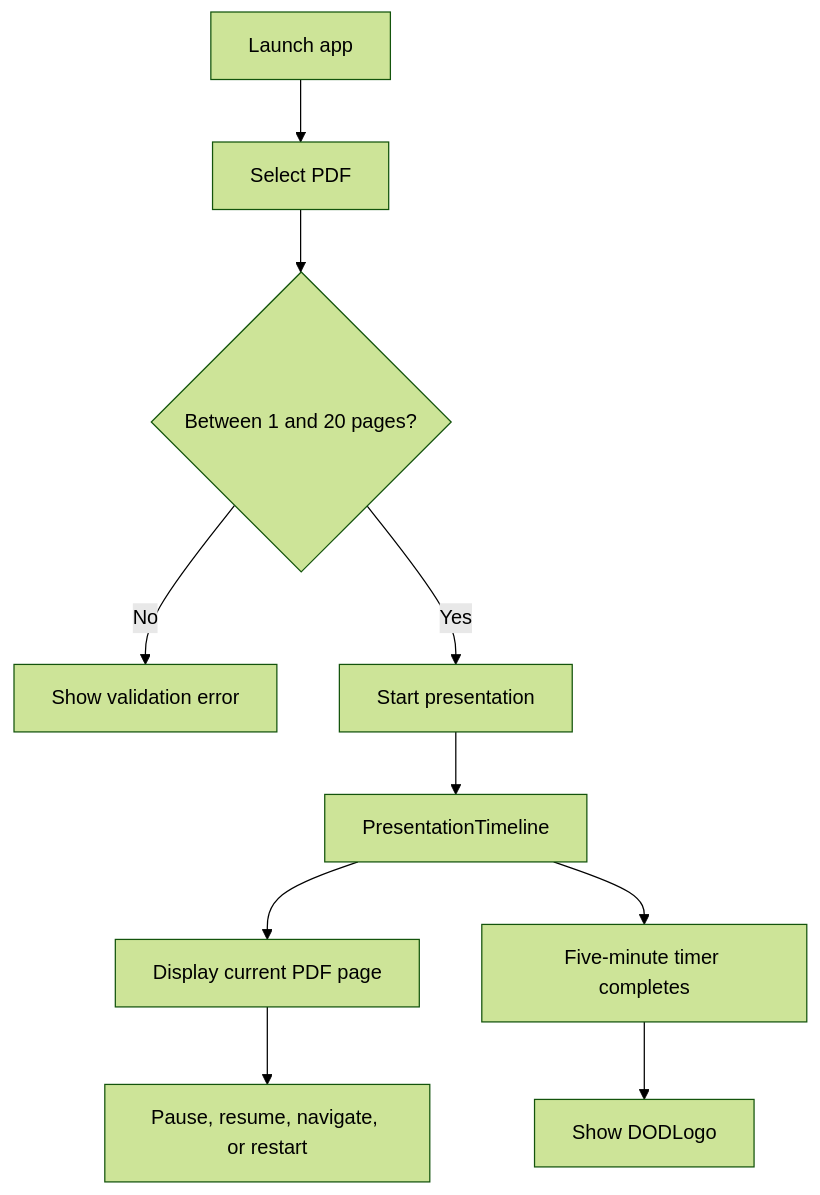
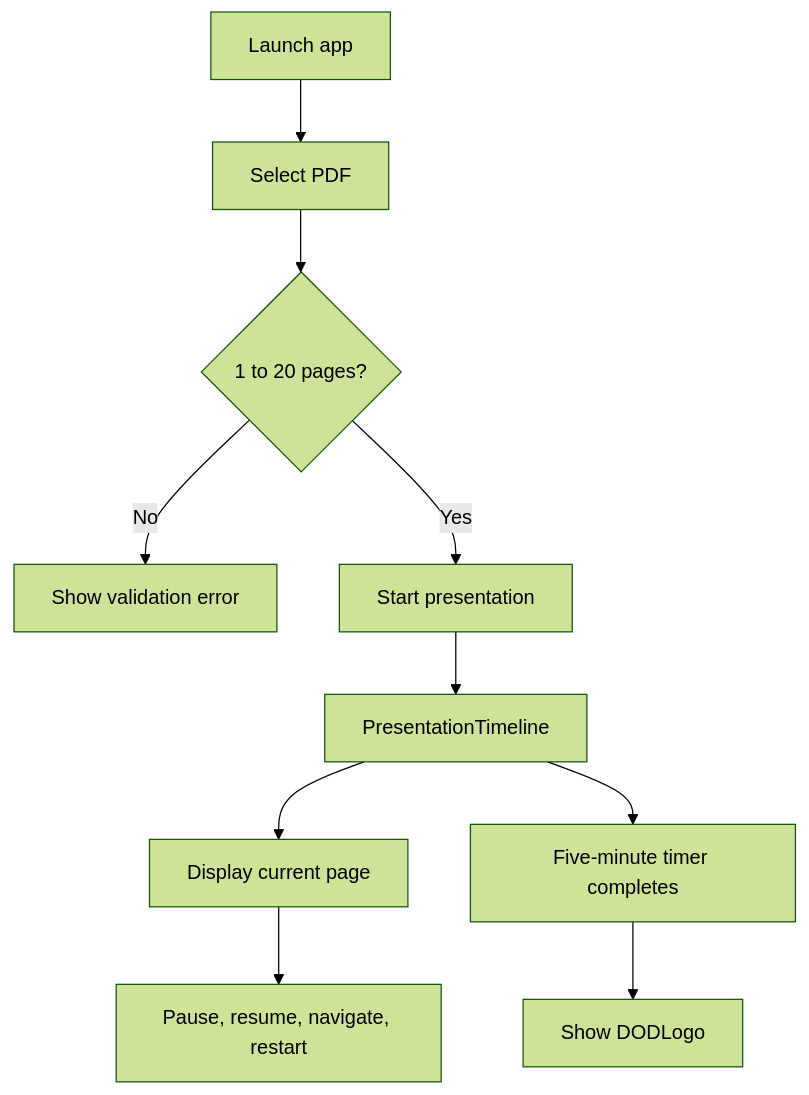
One commit to AeonScry/IgniteTalkPDF changed the diagram in README.md. Above: the diagram before and after it, drawn with Mermaid (forest theme).

Commit message:
simplify README mermaid chart

````diff
--- a/README.md
+++ b/README.md
@@ -16,12 +16,12 @@
 ```mermaid
-flowchart TD
-    Launch["Launch app"] --> Select["Select PDF"]
-    Select --> Validate{"Between 1 and 20 pages?"}
-    Validate -- No --> Error["Show validation error"]
-    Validate -- Yes --> Session["Start presentation"]
-    Session --> Timeline["PresentationTimeline"]
-    Timeline --> Page["Display current PDF page"]
-    Page --> Controls["Pause, resume, navigate, or restart"]
-    Timeline --> Finish["Five-minute timer completes"]
-    Finish --> Logo["Show DODLogo"]
+graph TD
+  Launch[Launch app] --> Select[Select PDF]
+  Select --> Validate{1 to 20 pages?}
+  Validate -->|No| Error[Show validation error]
+  Validate -->|Yes| Session[Start presentation]
+  Session --> Timeline[PresentationTimeline]
+  Timeline --> Page[Display current page]
+  Page --> Controls[Pause, resume, navigate, restart]
+  Timeline --> Finish[Five-minute timer completes]
+  Finish --> Logo[Show DODLogo]
 ```
````
